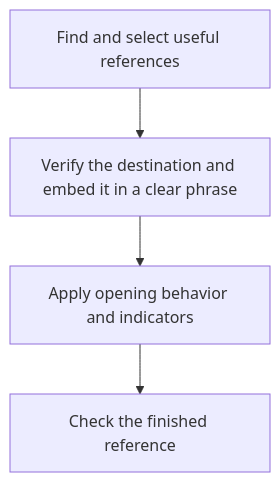
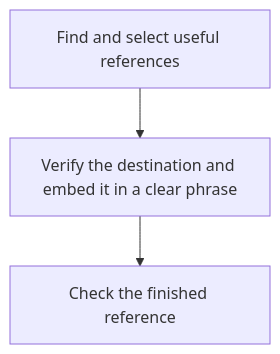
One commit to myowinthein/agent-helm changed the diagram in docs/rules/writing.md. Above: the diagram before and after it, drawn with Mermaid. The commit also changed other lines of this file and 20 other files, not shown here.

````diff
--- a/docs/rules/writing.md
+++ b/docs/rules/writing.md
@@ -31,6 +31,5 @@
 ```mermaid
 flowchart TD
   Find["Find and select useful references"] --> Match["Verify the destination and embed it in a clear phrase"]
-  Match --> Behavior["Apply opening behavior and indicators"]
-  Behavior --> Check["Check the finished reference"]
+  Match --> Check["Check the finished reference"]
 ```
````
